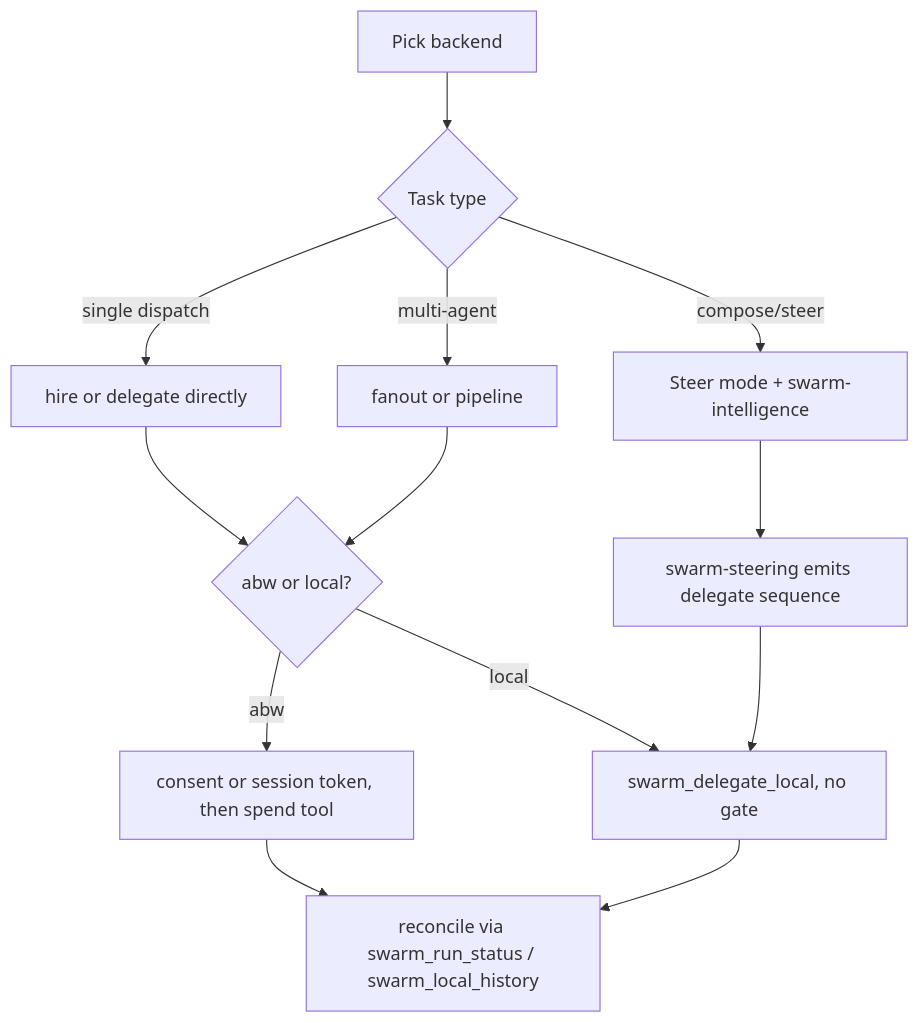
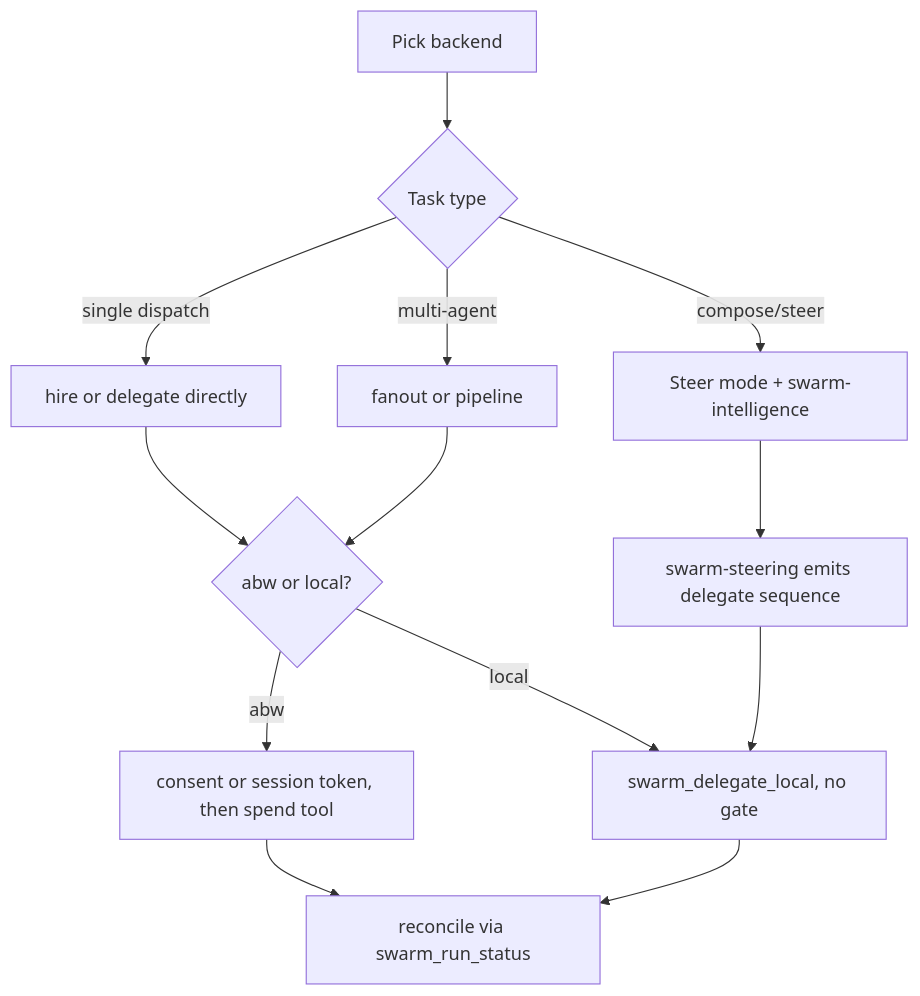
One commit to mdz-axo/zed-kask changed the first of 2 diagrams in kask/docs/diataxis/swarm_system/how-to.md. Above: the diagram before and after it, drawn with Mermaid. The commit also changed other lines of this file and 26 other files, not shown here.

````diff
--- a/kask/docs/diataxis/swarm_system/how-to.md
+++ b/kask/docs/diataxis/swarm_system/how-to.md
@@ -43,15 +42,15 @@
 ```mermaid
 flowchart TD
     P[Pick backend] --> Q{Task type}
     Q -->|single dispatch| D[hire or delegate directly]
     Q -->|multi-agent| F[fanout or pipeline]
     Q -->|compose/steer| S[Steer mode + swarm-intelligence]
     D --> G{abw or local?}
     G -->|abw| H[consent or session token, then spend tool]
     G -->|local| L[swarm_delegate_local, no gate]
     F --> G
     S --> R[swarm-steering emits delegate sequence]
     R --> L
-    H --> REC[reconcile via swarm_run_status / swarm_local_history]
+    H --> REC[reconcile via swarm_run_status]
     L --> REC
 ```
````
